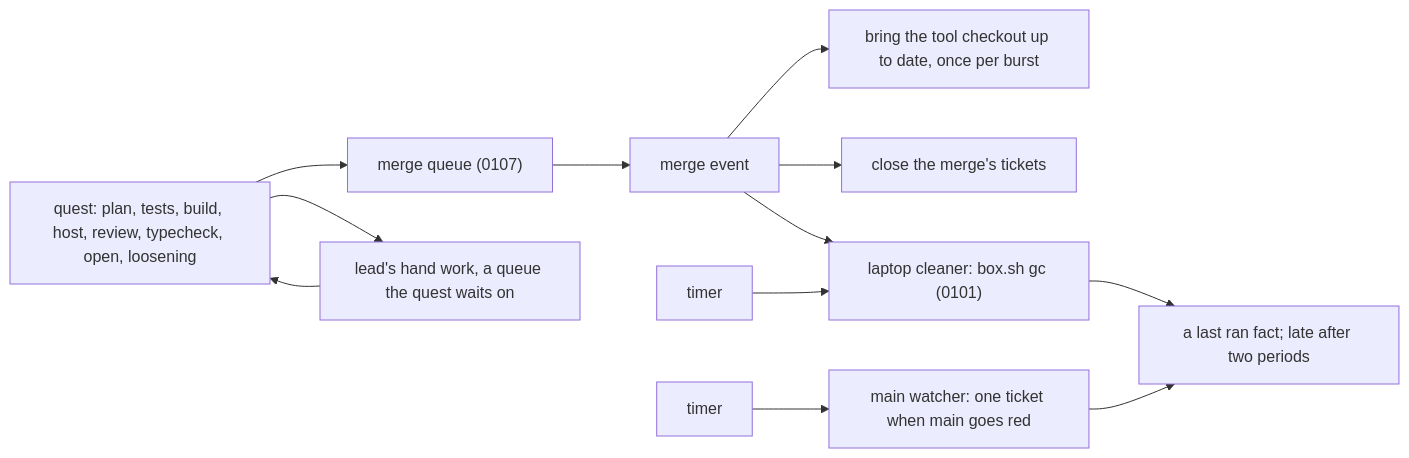
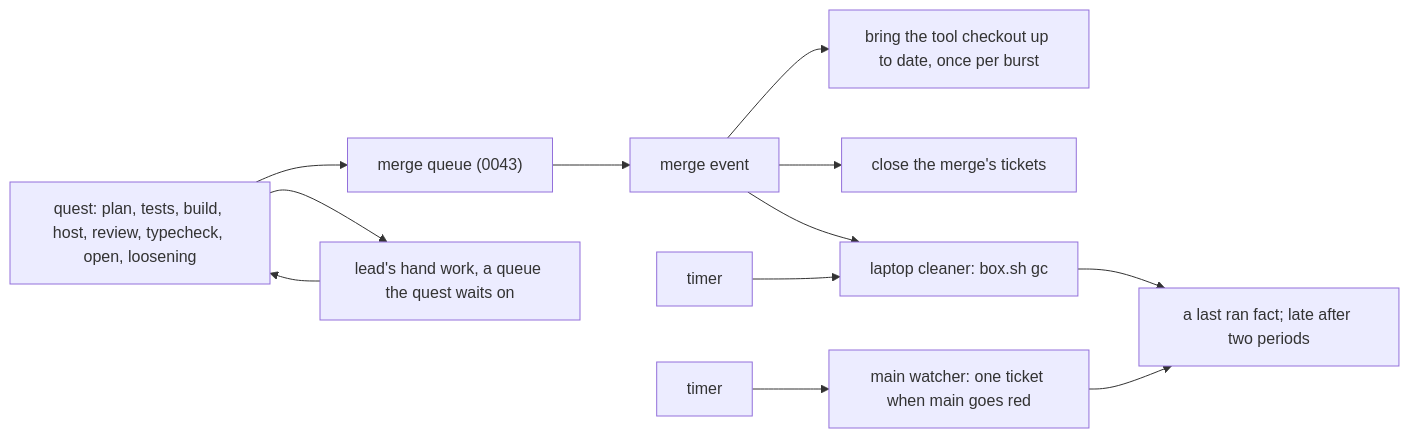
Before and after one commit to kamp-us/tea-fabrika: the diagram in docs/direction/lane-queue-or-scheduled-job.md, drawn with Mermaid. The commit also changed other lines of this file and 980 other files, not shown here.

````diff
--- a/docs/direction/lane-queue-or-scheduled-job.md
+++ b/docs/direction/lane-queue-or-scheduled-job.md
@@ -44,14 +43,14 @@
 ```mermaid
 flowchart LR
-  quest["quest: plan, tests, build, host, review, typecheck, open, loosening"] --> mq["merge queue (0107)"]
+  quest["quest: plan, tests, build, host, review, typecheck, open, loosening"] --> mq["merge queue (0043)"]
   quest --> desk["lead's hand work, a queue the quest waits on"]
   desk --> quest
   mq --> merged["merge event"]
   merged --> checkout["bring the tool checkout up to date, once per burst"]
   merged --> close["close the merge's tickets"]
   merged --> cleaner
-  timer1["timer"] --> cleaner["laptop cleaner: box.sh gc (0101)"]
+  timer1["timer"] --> cleaner["laptop cleaner: box.sh gc"]
   timer2["timer"] --> watcher["main watcher: one ticket when main goes red"]
   cleaner --> lastRan["a last ran fact; late after two periods"]
   watcher --> lastRan
 ```
````
